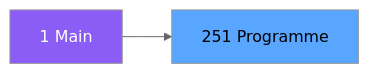
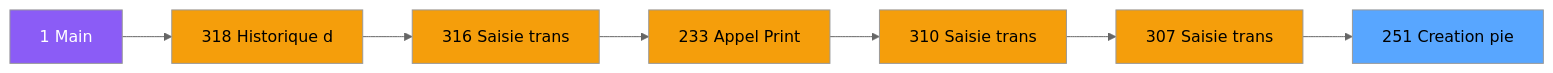
The second of 3 diagrams in .openspec/specs/ADH-IDE-251.md (thonyAGP/magic-migration), drawn with Mermaid (neutral theme) before and after one commit. The commit also changed other lines of this file and 323 other files, not shown here.

````diff
--- a/.openspec/specs/ADH-IDE-251.md
+++ b/.openspec/specs/ADH-IDE-251.md
@@ -98,8 +117,23 @@
 ```mermaid
 graph LR
     M[1 Main]
-    T[251 Programme]
-    M --> T
+    N318[318 Historique d]
+    N316[316 Saisie trans]
+    N233[233 Appel Print ]
+    N310[310 Saisie trans]
+    N307[307 Saisie trans]
+    T[251 Creation pie]
+    M --> N318
+    N318 --> N316
+    N316 --> N233
+    N233 --> N310
+    N310 --> N307
+    N307 --> T
     style M fill:#8b5cf6,color:#fff
+    style N318 fill:#f59e0b
+    style N316 fill:#f59e0b
+    style N233 fill:#f59e0b
+    style N310 fill:#f59e0b
+    style N307 fill:#f59e0b
     style T fill:#58a6ff,color:#000
 ```
````
